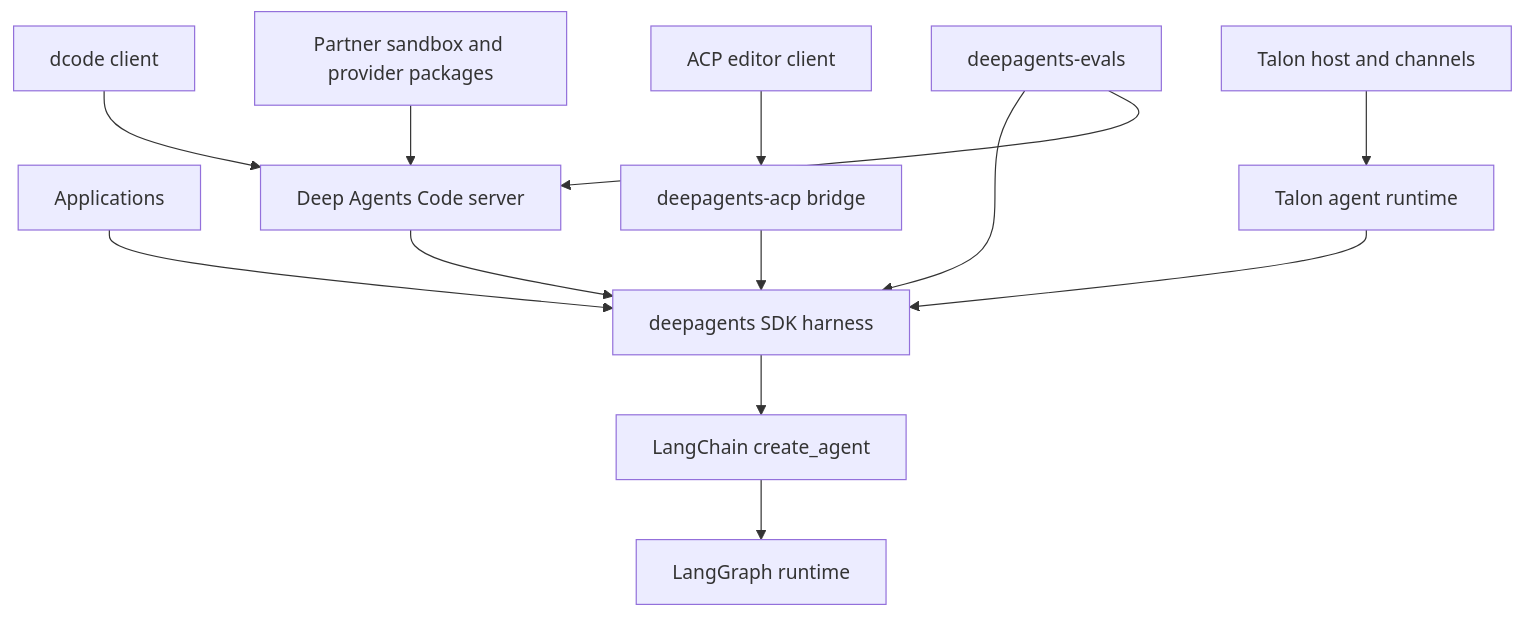
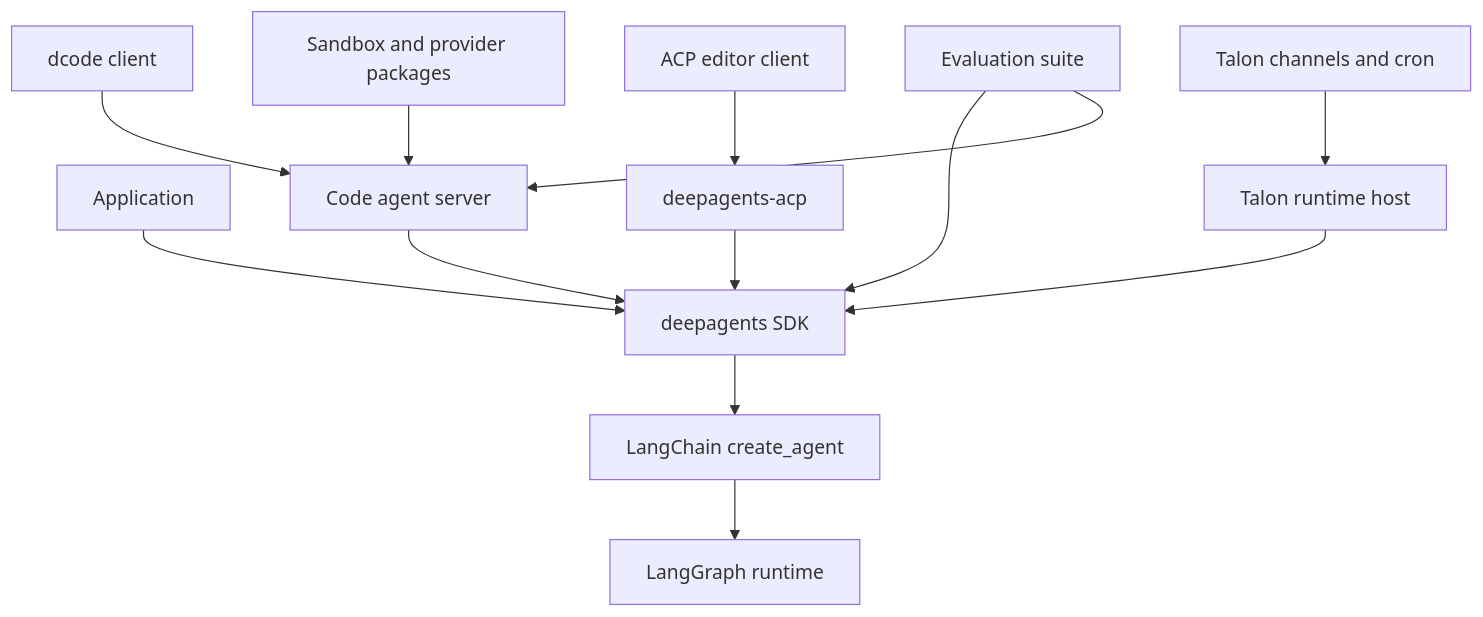
The first of 2 diagrams in openwiki/architecture/overview.md (langchain-ai/deepagents), drawn with Mermaid before and after one commit. The commit also changed other lines of this file and 27 other files, not shown here.

````diff
--- a/openwiki/architecture/overview.md
+++ b/openwiki/architecture/overview.md
@@ -49,15 +56,15 @@
 ```mermaid
 flowchart TD
-  App["Applications"] --> SDK["deepagents SDK harness"]
-  CodeClient["dcode client"] --> CodeServer["Deep Agents Code server"]
+  App["Application"] --> SDK["deepagents SDK"]
+  CodeClient["dcode client"] --> CodeServer["Code agent server"]
   CodeServer --> SDK
-  ACPClient["ACP editor client"] --> ACP["deepagents-acp bridge"]
+  Editor["ACP editor client"] --> ACP["deepagents-acp"]
   ACP --> SDK
-  TalonHost["Talon host and channels"] --> TalonRuntime["Talon agent runtime"]
-  TalonRuntime --> SDK
-  Evals["deepagents-evals"] --> SDK
+  Channels["Talon channels and cron"] --> Talon["Talon runtime host"]
+  Talon --> SDK
+  Evals["Evaluation suite"] --> SDK
   Evals --> CodeServer
   SDK --> LangChain["LangChain create_agent"]
   LangChain --> LangGraph["LangGraph runtime"]
-  Partners["Partner sandbox and provider packages"] --> CodeServer
+  Partners["Sandbox and provider packages"] --> CodeServer
 ```
````
